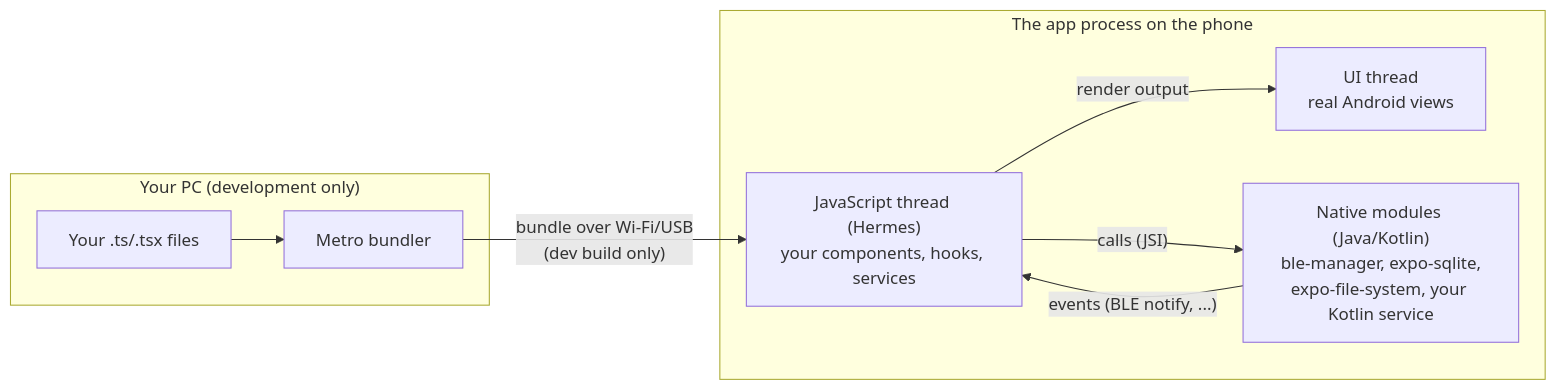
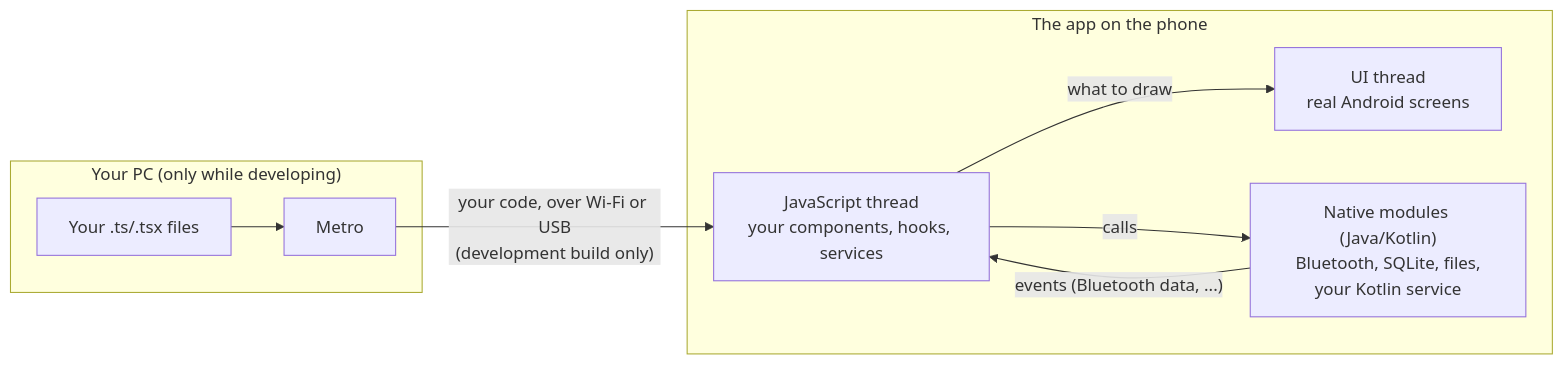
The diagram in docs/learning/00-Expo-And-React-Native.md (Dyastinn/mobile-threadmill-plan), drawn with Mermaid before and after one commit. The commit also changed other lines of this file and 26 other files, not shown here.

````diff
--- a/docs/learning/00-Expo-And-React-Native.md
+++ b/docs/learning/00-Expo-And-React-Native.md
@@ -22,15 +19,15 @@
 ```mermaid
 flowchart LR
-    subgraph PC["Your PC (development only)"]
-      TS["Your .ts/.tsx files"] --> Metro["Metro bundler"]
+    subgraph PC["Your PC (only while developing)"]
+      TS["Your .ts/.tsx files"] --> Metro["Metro"]
     end
-    subgraph Phone["The app process on the phone"]
-      JS["JavaScript thread (Hermes)\nyour components, hooks, services"]
-      UI["UI thread\nreal Android views"]
-      NM["Native modules (Java/Kotlin)\nble-manager, expo-sqlite,\nexpo-file-system, your Kotlin service"]
-      JS -- "render output" --> UI
-      JS -- "calls (JSI)" --> NM
-      NM -- "events (BLE notify, ...)" --> JS
+    subgraph Phone["The app on the phone"]
+      JS["JavaScript thread\nyour components, hooks, services"]
+      UI["UI thread\nreal Android screens"]
+      NM["Native modules (Java/Kotlin)\nBluetooth, SQLite, files,\nyour Kotlin service"]
+      JS -- "what to draw" --> UI
+      JS -- "calls" --> NM
+      NM -- "events (Bluetooth data, ...)" --> JS
     end
-    Metro -- "bundle over Wi-Fi/USB\n(dev build only)" --> JS
+    Metro -- "your code, over Wi-Fi or USB\n(development build only)" --> JS
 ```
````
